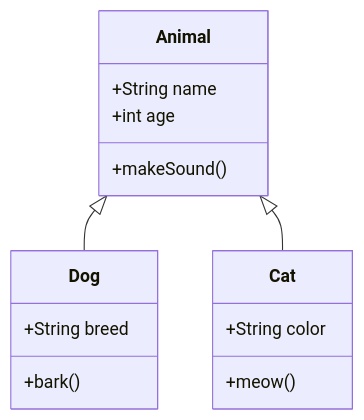
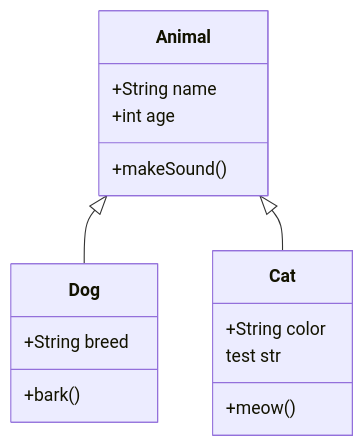
The second of 2 diagrams in example.md (AllefDouglasDev/markdown-viewer), drawn with Mermaid before and after one commit. The commit also changed other lines of this file and 9 other files, not shown here.

````diff
--- a/example.md
+++ b/example.md
@@ -125,18 +126,19 @@
 ```mermaid
 classDiagram
     class Animal {
         +String name
         +int age
         +makeSound()
     }
     class Dog {
         +String breed
         +bark()
     }
     class Cat {
         +String color
         +meow()
+test str
     }
     Animal <|-- Dog
     Animal <|-- Cat
 ```
````
